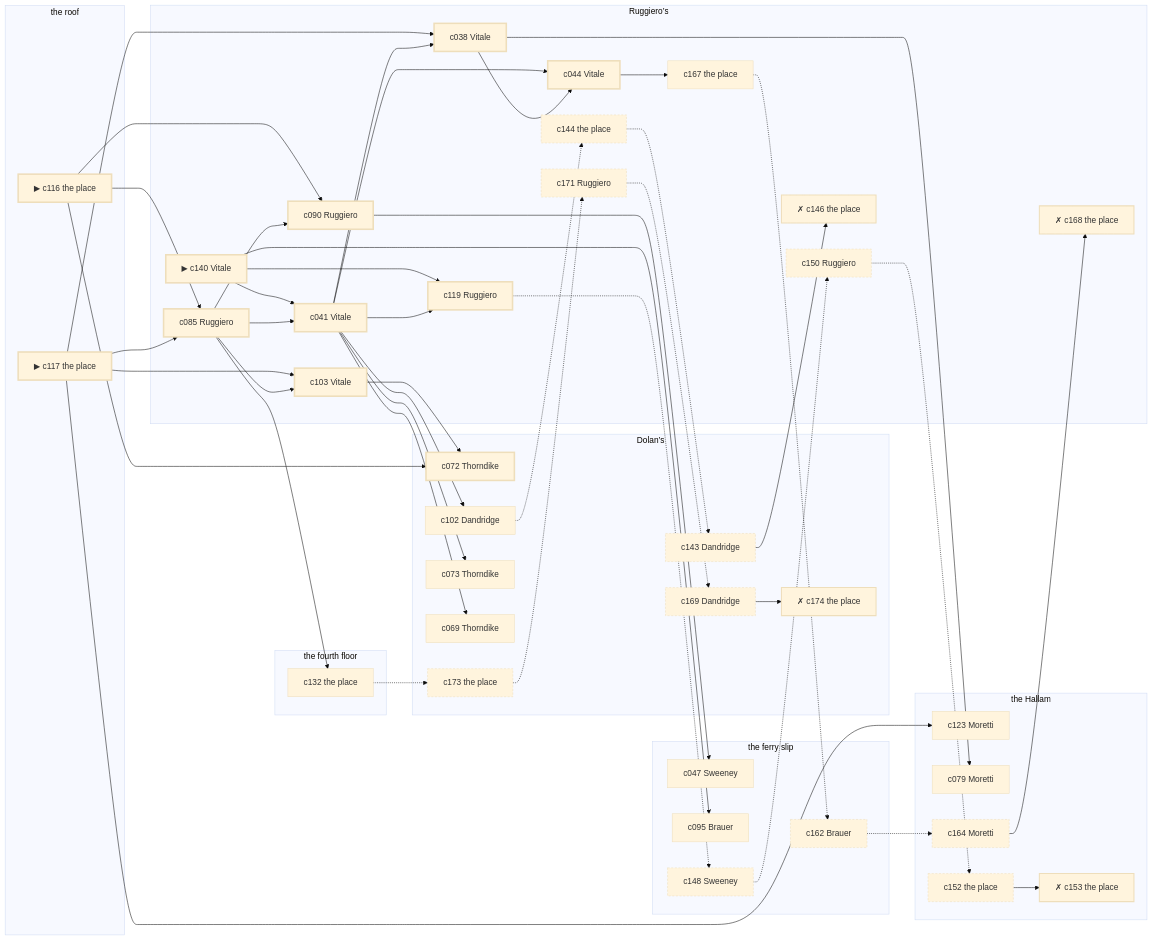
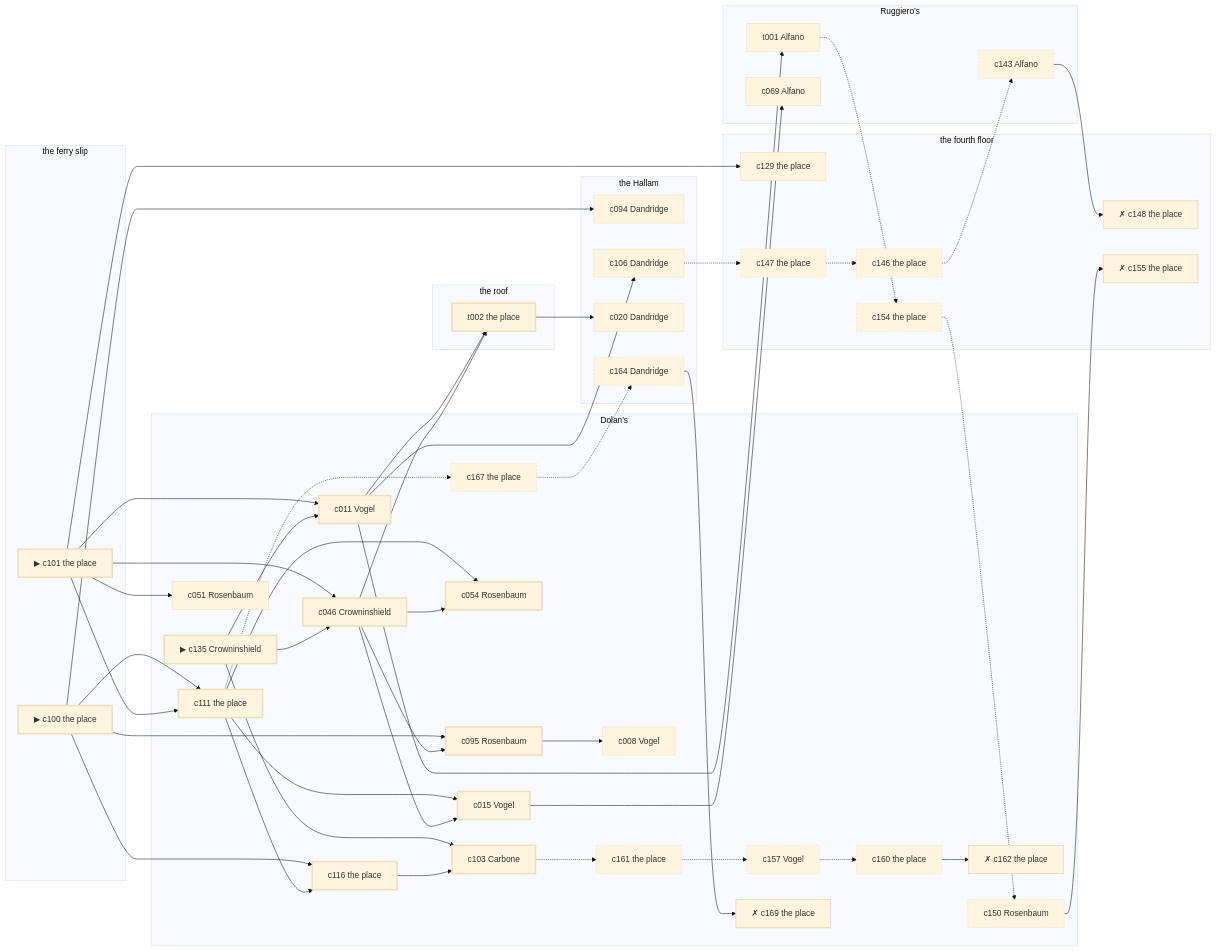
Before and after one commit to lyamshin/dashiell: the diagram in docs/samples/case-14.md, drawn with Mermaid (base theme). The commit also changed other lines of this file and 110 other files, not shown here.

````diff
--- a/docs/samples/case-14.md
+++ b/docs/samples/case-14.md
@@ -317,96 +697,97 @@
 ```mermaid
 graph LR
   subgraph P1["Dolan’s"]
-    c072["c072 Thorndike"]
-    c102["c102 Dandridge"]
-    c073["c073 Thorndike"]
-    c069["c069 Thorndike"]
-    c173["c173 the place"]
-    c169["c169 Dandridge"]
-    c174["✗ c174 the place"]
-    c143["c143 Dandridge"]
+    c135["▶ c135 Crowninshield"]
+    c111["c111 the place"]
+    c116["c116 the place"]
+    c011["c011 Vogel"]
+    c046["c046 Crowninshield"]
+    c015["c015 Vogel"]
+    c095["c095 Rosenbaum"]
+    c054["c054 Rosenbaum"]
+    c103["c103 Carbone"]
+    c008["c008 Vogel"]
+    c051["c051 Rosenbaum"]
+    c161["c161 the place"]
+    c157["c157 Vogel"]
+    c160["c160 the place"]
+    c162["✗ c162 the place"]
+    c150["c150 Rosenbaum"]
+    c167["c167 the place"]
+    c169["✗ c169 the place"]
   end
   subgraph P2["the fourth floor"]
-    c132["c132 the place"]
+    c129["c129 the place"]
+    c147["c147 the place"]
+    c146["c146 the place"]
+    c148["✗ c148 the place"]
+    c154["c154 the place"]
+    c155["✗ c155 the place"]
   end
   subgraph P3["the ferry slip"]
-    c047["c047 Sweeney"]
-    c095["c095 Brauer"]
-    c148["c148 Sweeney"]
-    c162["c162 Brauer"]
+    c100["▶ c100 the place"]
+    c101["▶ c101 the place"]
   end
   subgraph P4["the Hallam"]
-    c123["c123 Moretti"]
-    c079["c079 Moretti"]
-    c152["c152 the place"]
-    c153["✗ c153 the place"]
-    c164["c164 Moretti"]
+    c094["c094 Dandridge"]
+    c106["c106 Dandridge"]
+    c020["c020 Dandridge"]
+    c164["c164 Dandridge"]
   end
   subgraph P5["Ruggiero’s"]
-    c140["▶ c140 Vitale"]
-    c085["c085 Ruggiero"]
-    c090["c090 Ruggiero"]
-    c041["c041 Vitale"]
-    c038["c038 Vitale"]
-    c103["c103 Vitale"]
-    c119["c119 Ruggiero"]
-    c044["c044 Vitale"]
-    c167["c167 the place"]
-    c150["c150 Ruggiero"]
-    c171["c171 Ruggiero"]
-    c168["✗ c168 the place"]
-    c144["c144 the place"]
-    c146["✗ c146 the place"]
+    t001["t001 Alfano"]
+    c069["c069 Alfano"]
+    c143["c143 Alfano"]
   end
   subgraph P6["the roof"]
-    c116["▶ c116 the place"]
-    c117["▶ c117 the place"]
+    t002["t002 the place"]
   end
-  c116 --> c085
-  c116 --> c090
-  c116 --> c072
-  c117 --> c085
-  c117 --> c038
-  c117 --> c103
-  c117 --> c123
-  c140 --> c041
-  c140 --> c119
-  c140 --> c095
-  c085 --> c090
-  c085 --> c041
-  c085 --> c103
-  c085 --> c132
-  c090 --> c047
-  c041 --> c038
-  c041 --> c119
-  c041 --> c044
-  c041 --> c102
-  c041 --> c073
-  c041 --> c069
-  c038 --> c044
-  c038 --> c079
-  c103 --> c072
-  c119 -.-> c148
-  c044 --> c167
-  c132 -.-> c173
-  c102 -.-> c144
-  c167 -.-> c162
-  c148 -.-> c150
-  c150 -.-> c152
-  c152 --> c153
-  c173 -.-> c171
-  c171 -.-> c169
-  c169 --> c174
-  c162 -.-> c164
-  c164 --> c168
-  c144 -.-> c143
-  c143 --> c146
+  c100 --> c111
+  c100 --> c116
+  c100 --> c095
+  c100 --> c094
+  c101 --> c111
+  c101 --> c011
+  c101 --> c046
+  c101 --> c129
+  c101 --> c051
+  c135 --> c011
+  c135 --> c046
+  c135 --> c103
+  c111 --> c116
+  c111 --> c015
+  c111 --> c054
+  c111 -.-> c167
+  c116 --> c103
+  c011 --> t002
+  c011 --> t001
+  c011 --> c106
+  c046 --> c015
+  c046 --> c095
+  c046 --> c054
+  c046 --> t002
+  c015 --> c069
+  c095 --> c008
+  c103 -.-> c161
+  t002 --> c020
+  t001 -.-> c154
+  c106 -.-> c147
+  c147 -.-> c146
+  c146 -.-> c143
+  c143 --> c148
+  c161 -.-> c157
+  c157 -.-> c160
+  c160 --> c162
+  c154 -.-> c150
+  c150 --> c155
+  c167 -.-> c164
+  c164 --> c169
   classDef spine stroke-width:3px;
   classDef corrob stroke-width:1px;
   classDef noise stroke-dasharray: 4 3;
   classDef disq stroke-width:2px,stroke-dasharray: 1 0;
-  class c116,c117,c140,c085,c090,c041,c038,c103,c119,c044,c072 spine;
-  class c123,c132,c047,c102,c073,c079,c069,c095,c167 corrob;
-  class c148,c150,c152,c173,c171,c169,c162,c164,c144,c143 noise;
-  class c153,c174,c168,c146 disq;
+  class c100,c101,c135,c111,c116,c011,c046,c015,c095,c054,c103,t002 spine;
+  class c094,t001,c129,c106,c008,c069,c051,c020 corrob;
+  class c147,c146,c143,c161,c157,c160,c154,c150,c167,c164 noise;
+  class c148,c162,c155,c169 disq;
 ```
````
